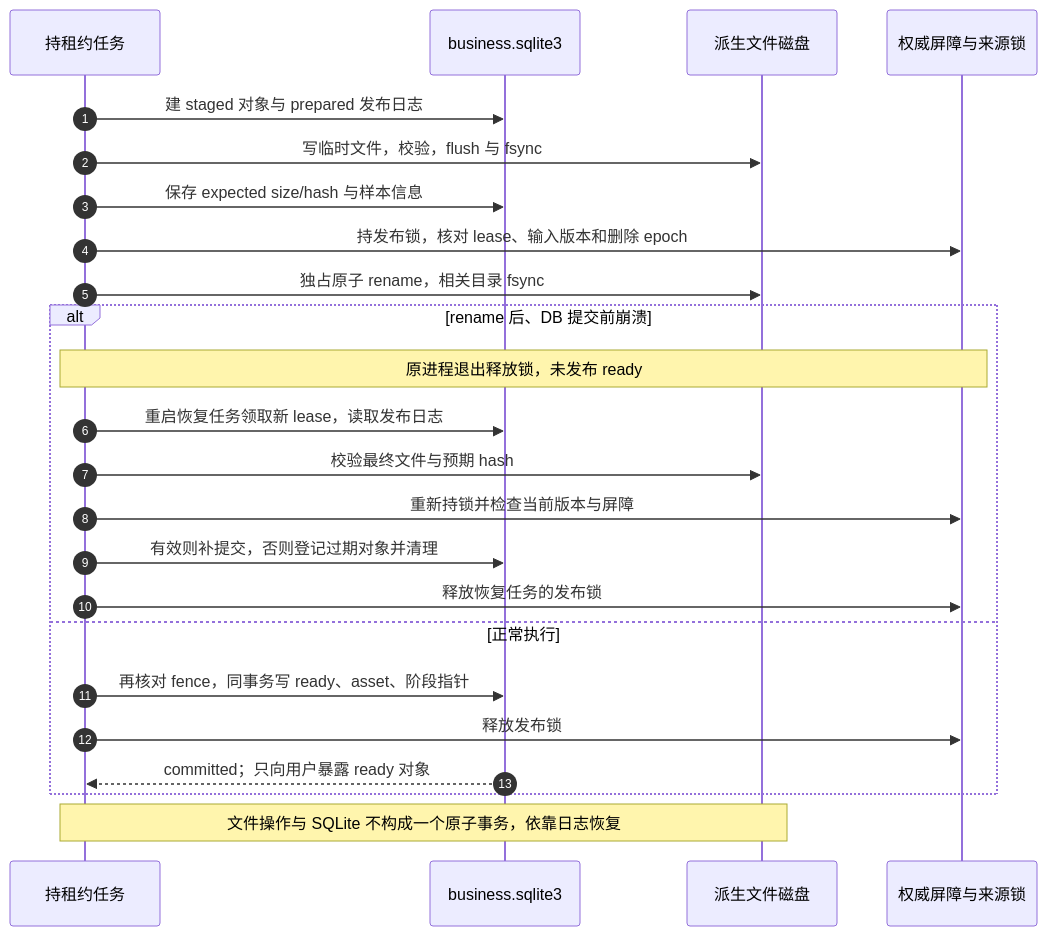
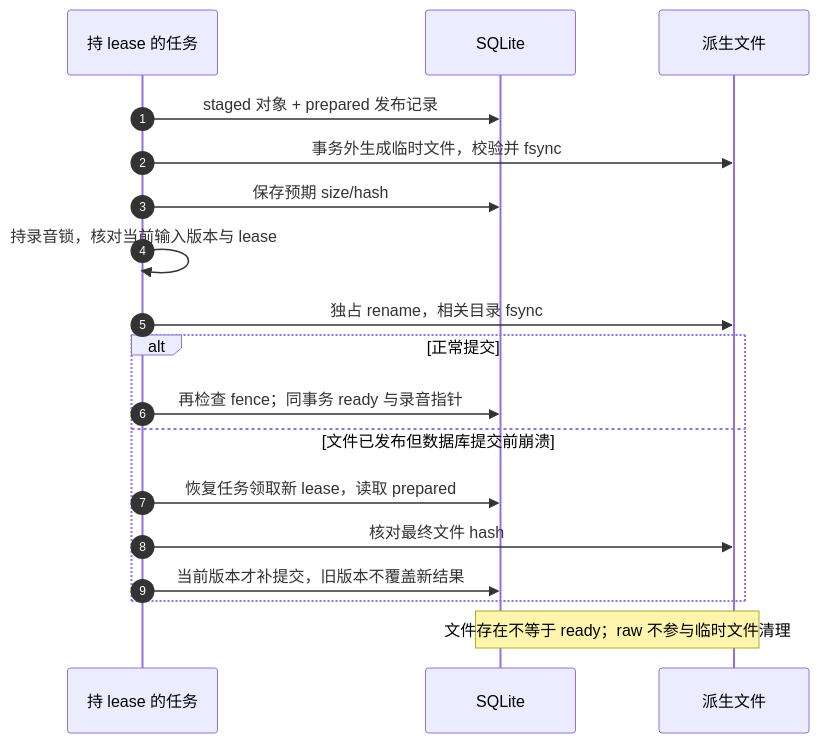
Before and after one commit to boboliu-1010/speaker: the diagram in docs/assets/diagrams/06-file-database-publication.mmd, drawn with Mermaid. The commit also changed 34 other files, not shown here.

```diff
--- a/docs/assets/diagrams/06-file-database-publication.mmd
+++ b/docs/assets/diagrams/06-file-database-publication.mmd
@@ -1,24 +1,18 @@
 sequenceDiagram
     autonumber
-    participant J as 持租约任务
-    participant B as business.sqlite3
-    participant F as 派生文件磁盘
-    participant A as 权威屏障与来源锁
-    J->>B: 建 staged 对象与 prepared 发布日志
-    J->>F: 写临时文件，校验，flush 与 fsync
-    J->>B: 保存 expected size/hash 与样本信息
-    J->>A: 持发布锁，核对 lease、输入版本和删除 epoch
-    J->>F: 独占原子 rename，相关目录 fsync
-    alt rename 后、DB 提交前崩溃
-        Note over J,A: 原进程退出释放锁，未发布 ready
-        J->>B: 重启恢复任务领取新 lease，读取发布日志
-        J->>F: 校验最终文件与预期 hash
-        J->>A: 重新持锁并检查当前版本与屏障
-        J->>B: 有效则补提交，否则登记过期对象并清理
-        J->>A: 释放恢复任务的发布锁
-    else 正常执行
-        J->>B: 再核对 fence，同事务写 ready、asset、阶段指针
-        J->>A: 释放发布锁
-        B-->>J: committed；只向用户暴露 ready 对象
+    participant J as 持 lease 的任务
+    participant B as SQLite
+    participant F as 派生文件
+    J->>B: staged 对象 + prepared 发布记录
+    J->>F: 事务外生成临时文件，校验并 fsync
+    J->>B: 保存预期 size/hash
+    J->>J: 持录音锁，核对当前输入版本与 lease
+    J->>F: 独占 rename，相关目录 fsync
+    alt 正常提交
+        J->>B: 再检查 fence；同事务 ready 与录音指针
+    else 文件已发布但数据库提交前崩溃
+        J->>B: 恢复任务领取新 lease，读取 prepared
+        J->>F: 核对最终文件 hash
+        J->>B: 当前版本才补提交，旧版本不覆盖新结果
     end
-    Note over J,F: 文件操作与 SQLite 不构成一个原子事务，依靠日志恢复
+    Note over B,F: 文件存在不等于 ready；raw 不参与临时文件清理
```
